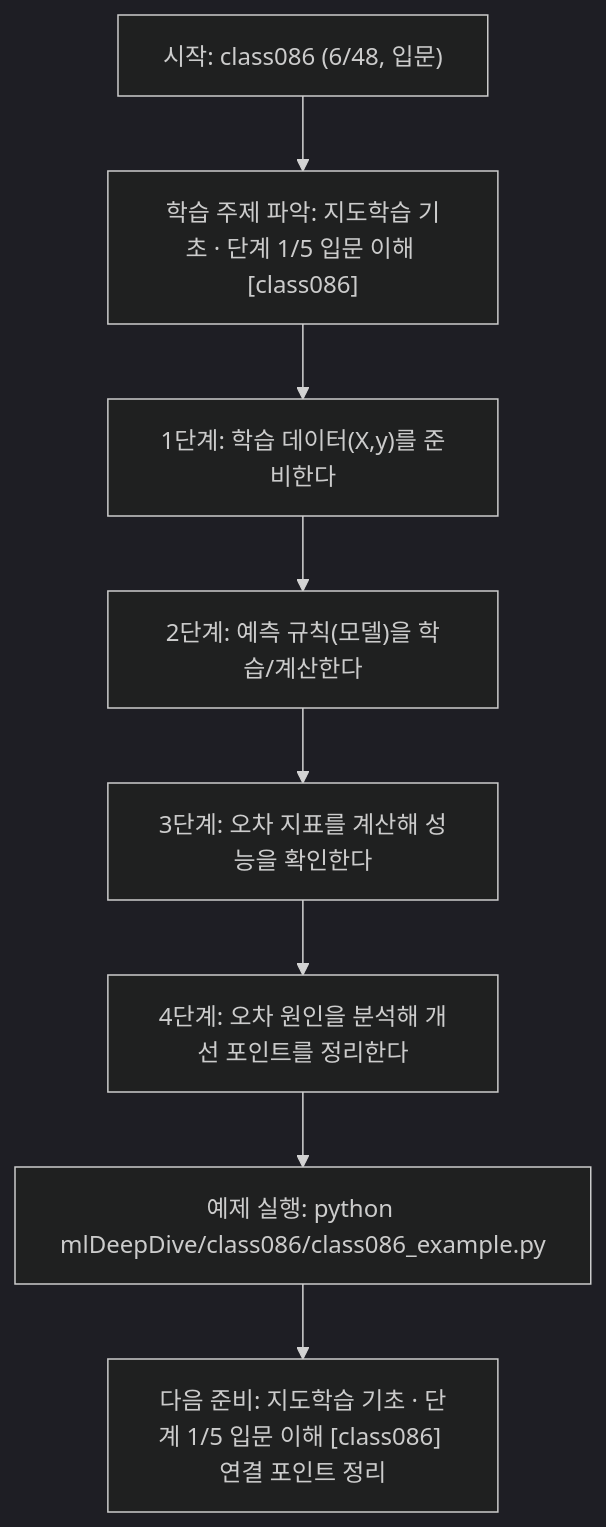
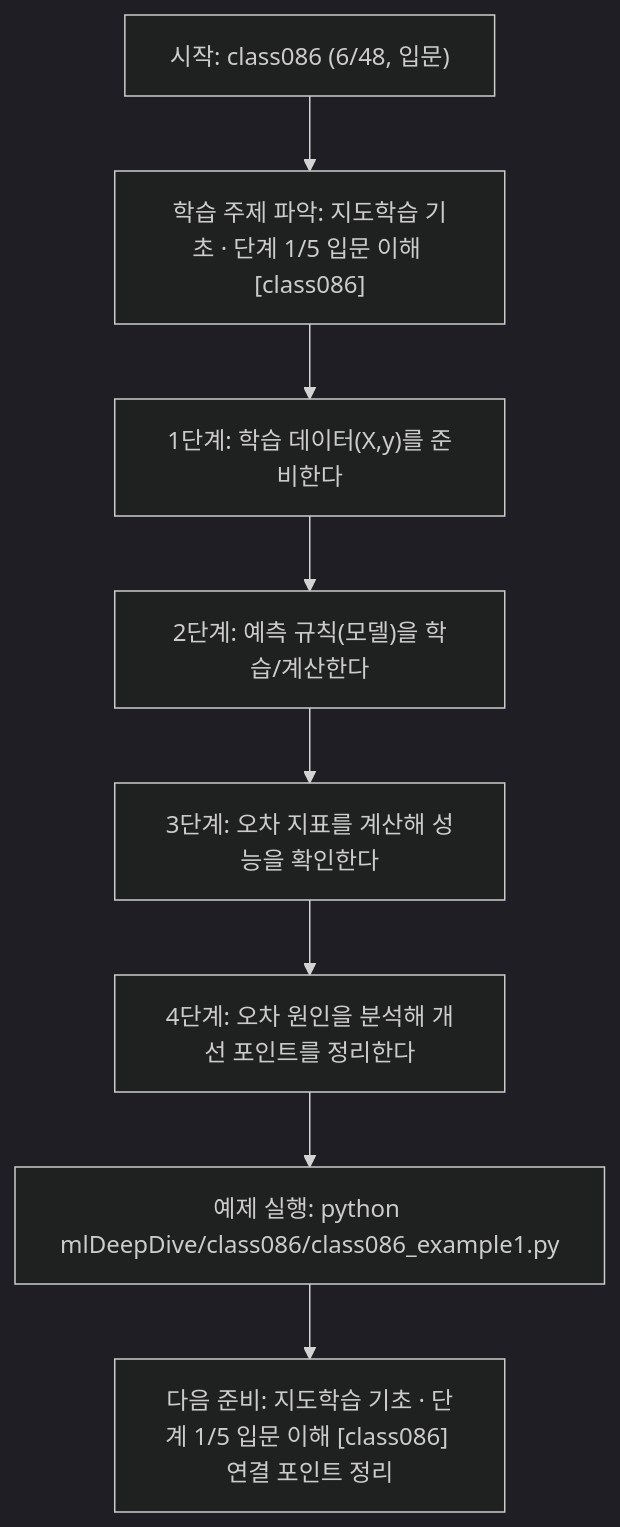
The diagram in mlDeepDive/class086/class086.md (edumgt/Python-AI_Agent-Class), drawn with Mermaid (dark theme) before and after one commit. The commit also changed other lines of this file and 2959 other files, not shown here.

````diff
--- a/mlDeepDive/class086/class086.md
+++ b/mlDeepDive/class086/class086.md
@@ -109,18 +109,18 @@
 ```mermaid
 flowchart TD
 N1["시작: class086 (6/48, 입문)"]
 N2["학습 주제 파악: 지도학습 기초 · 단계 1/5 입문 이해 [class086]"]
 N3["1단계: 학습 데이터(X,y)를 준비한다"]
 N4["2단계: 예측 규칙(모델)을 학습/계산한다"]
 N5["3단계: 오차 지표를 계산해 성능을 확인한다"]
 N6["4단계: 오차 원인을 분석해 개선 포인트를 정리한다"]
-N7["예제 실행: python mlDeepDive/class086/class086_example.py"]
+N7["예제 실행: python mlDeepDive/class086/class086_example1.py"]
 N8["다음 준비: 지도학습 기초 · 단계 1/5 입문 이해 [class086] 연결 포인트 정리"]
 N1 --> N2
 N2 --> N3
 N3 --> N4
 N4 --> N5
 N5 --> N6
 N6 --> N7
 N7 --> N8
 ```
````
